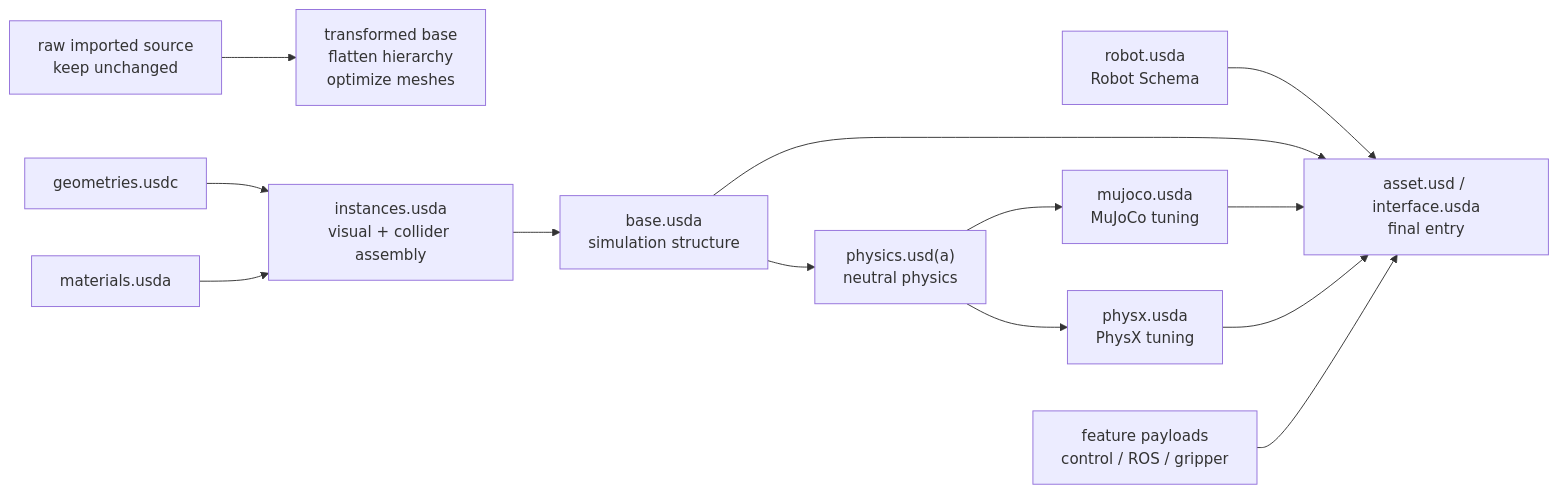
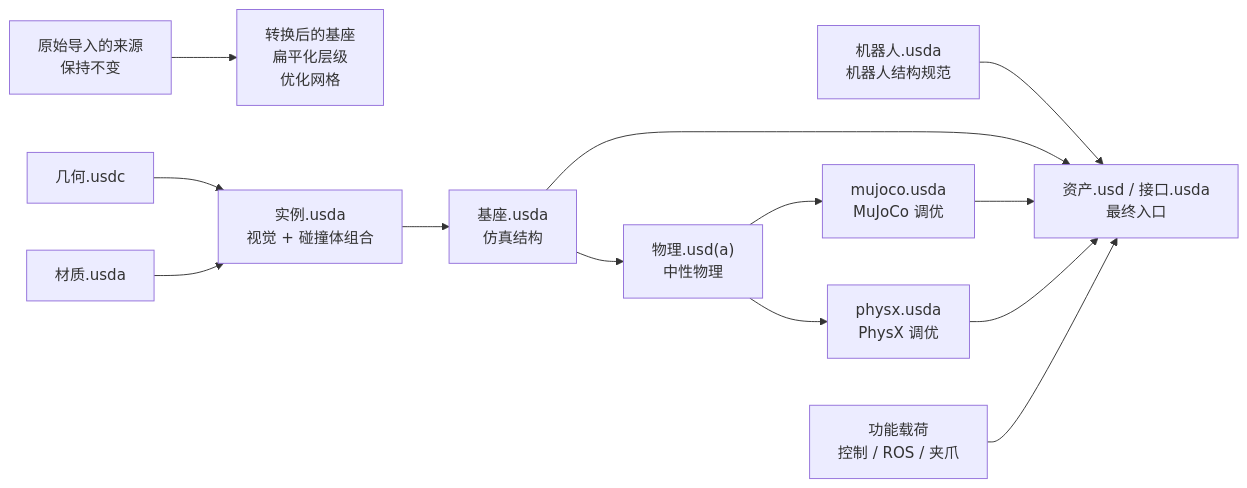
One commit to niuverse/llm-wiki changed the first of 3 diagrams in wiki/concepts/IsaacSimAssetStructure.md. Above: the diagram before and after it, drawn with Mermaid. The commit also changed other lines of this file and 123 other files, not shown here.

````diff
--- a/wiki/concepts/IsaacSimAssetStructure.md
+++ b/wiki/concepts/IsaacSimAssetStructure.md
@@ -41,15 +41,15 @@
 ```mermaid
 flowchart LR
-  S["raw imported source<br/>keep unchanged"] --> T["transformed base<br/>flatten hierarchy<br/>optimize meshes"]
-  G["geometries.usdc"] --> I["instances.usda<br/>visual + collider assembly"]
-  M["materials.usda"] --> I
-  I --> B["base.usda<br/>simulation structure"]
-  B --> P["physics.usd(a)<br/>neutral physics"]
-  P --> MJ["mujoco.usda<br/>MuJoCo tuning"]
-  P --> PX["physx.usda<br/>PhysX tuning"]
-  R["robot.usda<br/>Robot Schema"] --> F["asset.usd / interface.usda<br/>final entry"]
+  S["原始导入的来源<br/>保持不变"] --> T["转换后的基座<br/>扁平化层级<br/>优化网格"]
+  G["几何.usdc"] --> I["实例.usda<br/>视觉 + 碰撞体组合"]
+  M["材质.usda"] --> I
+  I --> B["基座.usda<br/>仿真结构"]
+  B --> P["物理.usd(a)<br/>中性物理"]
+  P --> MJ["mujoco.usda<br/>MuJoCo 调优"]
+  P --> PX["physx.usda<br/>PhysX 调优"]
+  R["机器人.usda<br/>机器人结构规范"] --> F["资产.usd / 接口.usda<br/>最终入口"]
   B --> F
   MJ --> F
   PX --> F
-  C["feature payloads<br/>control / ROS / gripper"] --> F
+  C["功能载荷<br/>控制 / ROS / 夹爪"] --> F
 ```
````
